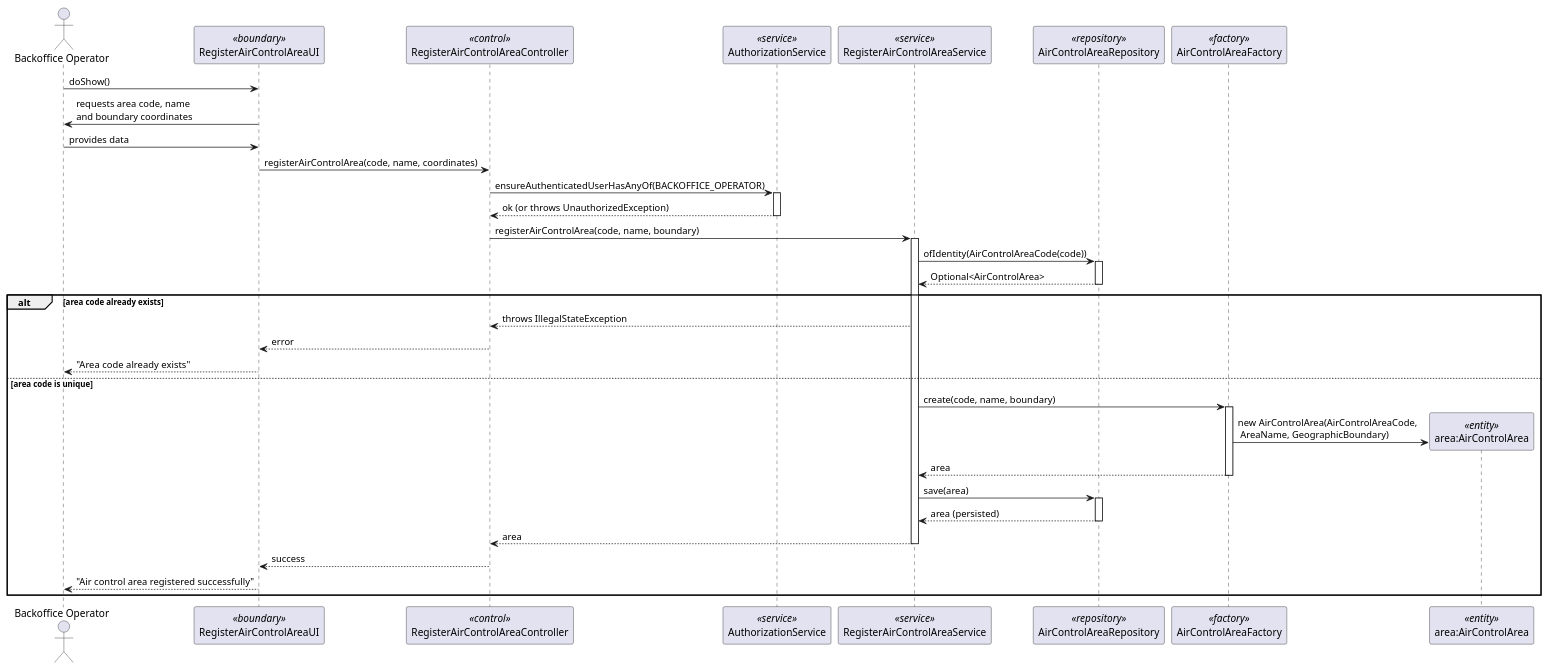
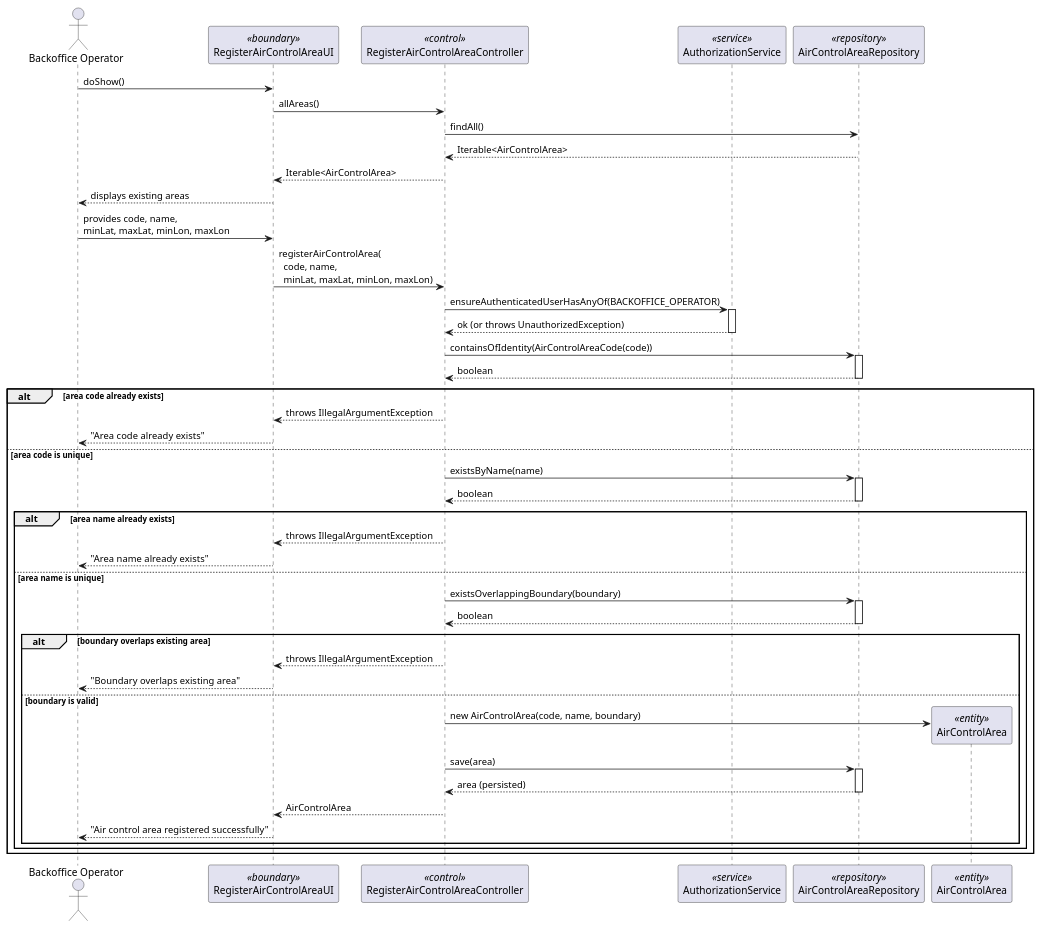
One commit to DuartePinto1240/sem4pi2526-sem4pi2526_2da2 changed the diagram in docs/Sprint 2/EAPLI/US050/puml/US050-sequence-diagram.puml. Above: the diagram before and after it, drawn with PlantUML. The commit also changed 27 other files, not shown here.

```diff
--- a/docs/Sprint 2/EAPLI/US050/puml/US050-sequence-diagram.puml
+++ b/docs/Sprint 2/EAPLI/US050/puml/US050-sequence-diagram.puml
@@ -1,54 +1,69 @@
 @startuml US050-sequence-diagram
 actor "Backoffice Operator" as BO
 participant RegisterAirControlAreaUI as UI <<boundary>>
 participant RegisterAirControlAreaController as CTRL <<control>>
 participant AuthorizationService as AUTHZ <<service>>
-participant RegisterAirControlAreaService as SVC <<service>>
 participant AirControlAreaRepository as REPO <<repository>>
-participant AirControlAreaFactory as FACTORY <<factory>>
-participant "area:AirControlArea" as AREA <<entity>>
+participant AirControlArea as AREA <<entity>>
 
 BO -> UI : doShow()
-UI -> BO : requests area code, name\nand boundary coordinates
 
-BO -> UI : provides data
+UI -> CTRL : allAreas()
+CTRL -> REPO : findAll()
+REPO --> CTRL : Iterable<AirControlArea>
+CTRL --> UI : Iterable<AirControlArea>
+UI --> BO : displays existing areas
 
-UI -> CTRL : registerAirControlArea(code, name, coordinates)
+BO -> UI : provides code, name,\nminLat, maxLat, minLon, maxLon
+
+UI -> CTRL : registerAirControlArea(\n  code, name,\n  minLat, maxLat, minLon, maxLon)
 
 CTRL -> AUTHZ : ensureAuthenticatedUserHasAnyOf(BACKOFFICE_OPERATOR)
 activate AUTHZ
 AUTHZ --> CTRL : ok (or throws UnauthorizedException)
 deactivate AUTHZ
 
-CTRL -> SVC : registerAirControlArea(code, name, boundary)
-activate SVC
-
-SVC -> REPO : ofIdentity(AirControlAreaCode(code))
+CTRL -> REPO : containsOfIdentity(AirControlAreaCode(code))
 activate REPO
-REPO --> SVC : Optional<AirControlArea>
+REPO --> CTRL : boolean
 deactivate REPO
 
 alt area code already exists
-  SVC --> CTRL : throws IllegalStateException
-  CTRL --> UI : error
+  CTRL --> UI : throws IllegalArgumentException
   UI --> BO : "Area code already exists"
 else area code is unique
-  SVC -> FACTORY : create(code, name, boundary)
-  activate FACTORY
-  FACTORY -> AREA ** : new AirControlArea(AirControlAreaCode,\n AreaName, GeographicBoundary)
-  FACTORY --> SVC : area
-  deactivate FACTORY
 
-  SVC -> REPO : save(area)
+  CTRL -> REPO : existsByName(name)
   activate REPO
-  REPO --> SVC : area (persisted)
+  REPO --> CTRL : boolean
   deactivate REPO
 
-  SVC --> CTRL : area
-  deactivate SVC
+  alt area name already exists
+    CTRL --> UI : throws IllegalArgumentException
+    UI --> BO : "Area name already exists"
+  else area name is unique
 
-  CTRL --> UI : success
-  UI --> BO : "Air control area registered successfully"
+    CTRL -> REPO : existsOverlappingBoundary(boundary)
+    activate REPO
+    REPO --> CTRL : boolean
+    deactivate REPO
+
+    alt boundary overlaps existing area
+      CTRL --> UI : throws IllegalArgumentException
+      UI --> BO : "Boundary overlaps existing area"
+    else boundary is valid
+
+      CTRL -> AREA ** : new AirControlArea(code, name, boundary)
+
+      CTRL -> REPO : save(area)
+      activate REPO
+      REPO --> CTRL : area (persisted)
+      deactivate REPO
+
+      CTRL --> UI : AirControlArea
+      UI --> BO : "Air control area registered successfully"
+    end
+  end
 end
 
 @enduml
```
